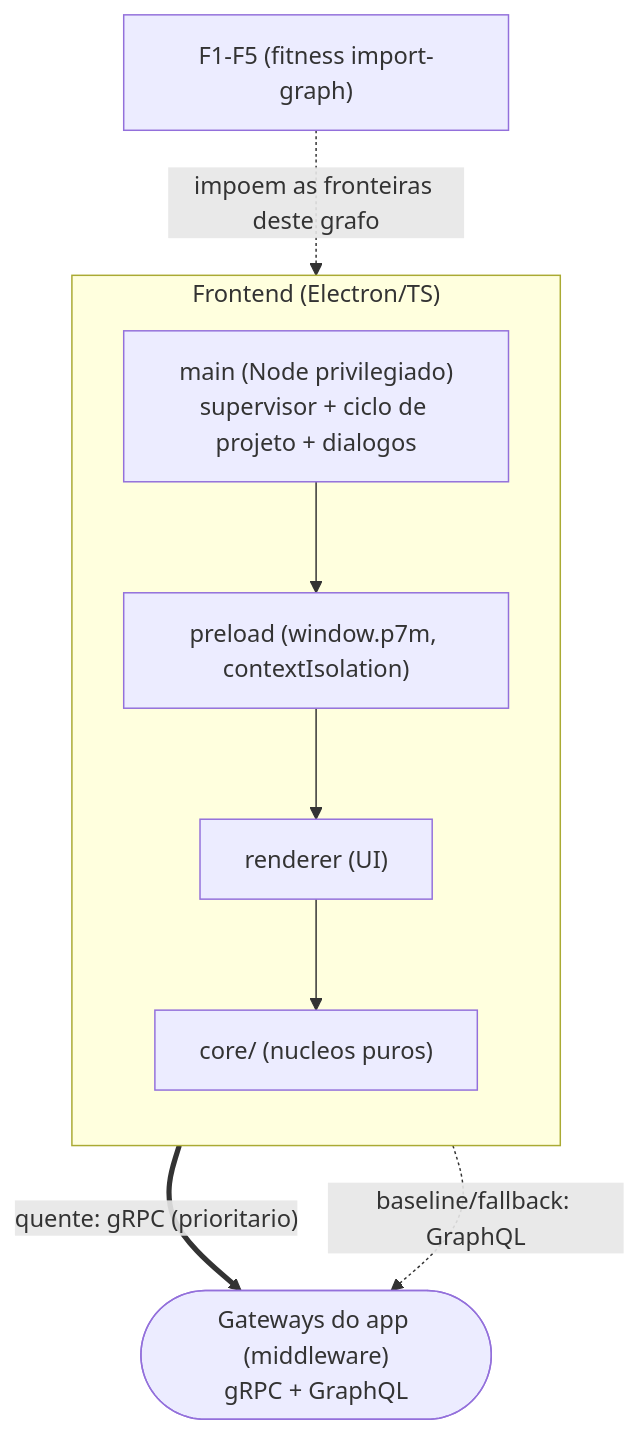
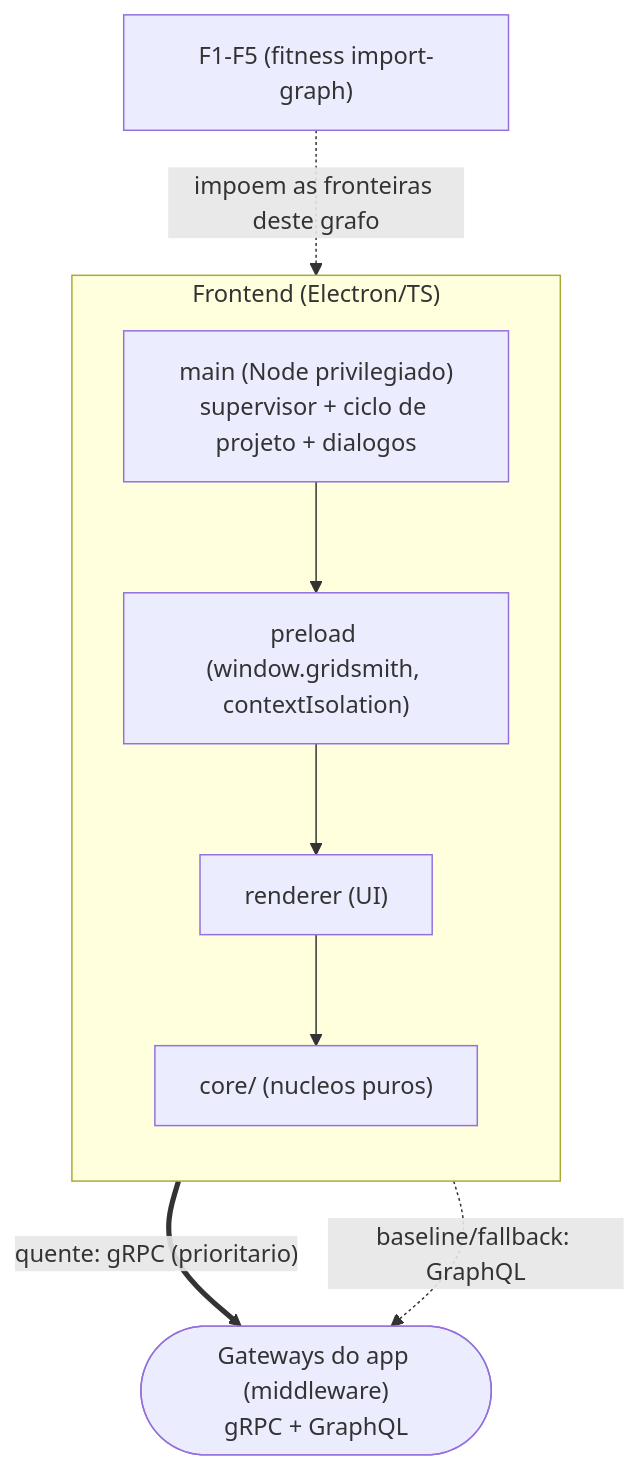
Before and after one commit to flaviotinococoutinho/Gridsmith: the first of 4 diagrams in frontend/README.md, drawn with Mermaid. The commit also changed other lines of this file and 220 other files, not shown here.

````diff
--- a/frontend/README.md
+++ b/frontend/README.md
@@ -28,17 +28,17 @@
 ```mermaid
 graph TD
   subgraph FE["Frontend (Electron/TS)"]
     direction TB
     FEmain["main (Node privilegiado)<br/>supervisor + ciclo de projeto + dialogos"]
-    FEpre["preload (window.p7m, contextIsolation)"]
+    FEpre["preload (window.gridsmith, contextIsolation)"]
     FErnd["renderer (UI)"]
     FEcore["core/ (nucleos puros)"]
     FEmain --> FEpre
     FEpre --> FErnd
     FErnd --> FEcore
   end
   GW(["Gateways do app (middleware)<br/>gRPC + GraphQL"])
   FEmain == "quente: gRPC (prioritario)" ==> GW
   FEmain -. "baseline/fallback: GraphQL" .-> GW
   F["F1-F5 (fitness import-graph)"] -. "impoem as fronteiras deste grafo" .-> FE
 ```
````
